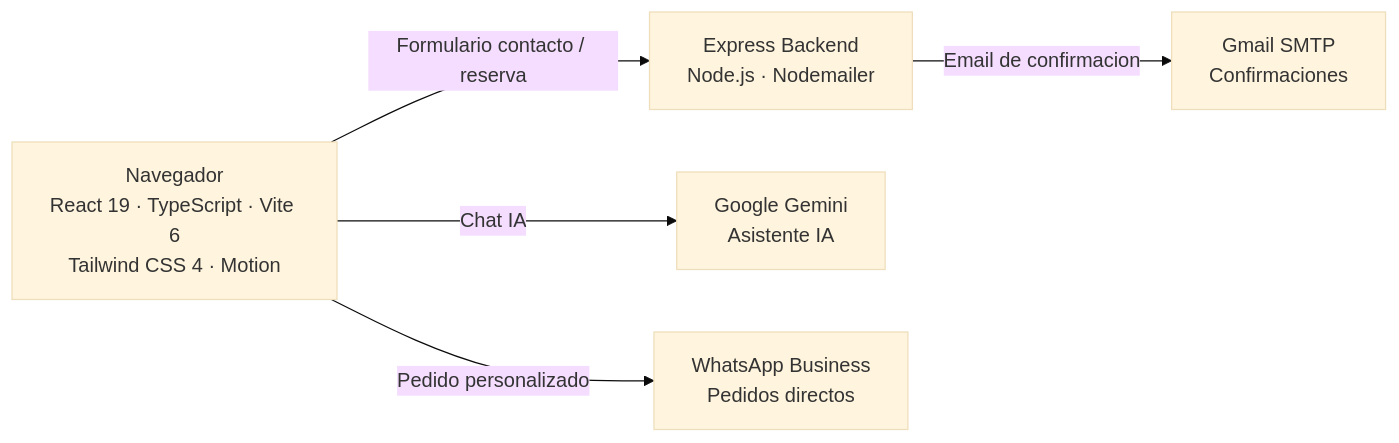
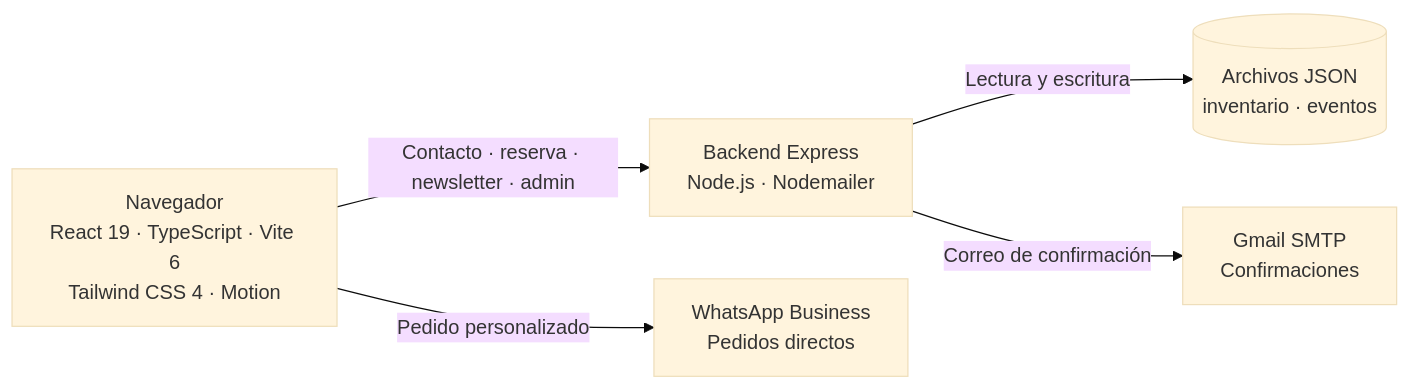
The diagram in README.md (deadlyrat/cakeando-showcase), drawn with Mermaid (base theme) before and after one commit. The commit also changed other lines of this file, not shown here.

Commit message:
docs: reescribir README con vista previa, arquitectura y roadmap

````diff
--- a/README.md
+++ b/README.md
@@ -55,13 +117,13 @@
 ```mermaid
 graph LR
-    CLIENT["Navegador\nReact 19 · TypeScript · Vite 6\nTailwind CSS 4 · Motion"]
-    SERVER["Express Backend\nNode.js · Nodemailer"]
-    GEMINI["Google Gemini\nAsistente IA"]
-    WA["WhatsApp Business\nPedidos directos"]
-    EMAIL["Gmail SMTP\nConfirmaciones"]
+    CLIENT["Navegador<br/>React 19 · TypeScript · Vite 6<br/>Tailwind CSS 4 · Motion"]
+    SERVER["Backend Express<br/>Node.js · Nodemailer"]
+    DATA[("Archivos JSON<br/>inventario · eventos")]
+    WA["WhatsApp Business<br/>Pedidos directos"]
+    EMAIL["Gmail SMTP<br/>Confirmaciones"]
 
     CLIENT -->|"Pedido personalizado"| WA
-    CLIENT -->|"Formulario contacto / reserva"| SERVER
-    CLIENT -->|"Chat IA"| GEMINI
-    SERVER -->|"Email de confirmacion"| EMAIL
+    CLIENT -->|"Contacto · reserva · newsletter · admin"| SERVER
+    SERVER -->|"Lectura y escritura"| DATA
+    SERVER -->|"Correo de confirmación"| EMAIL
 ```
````
